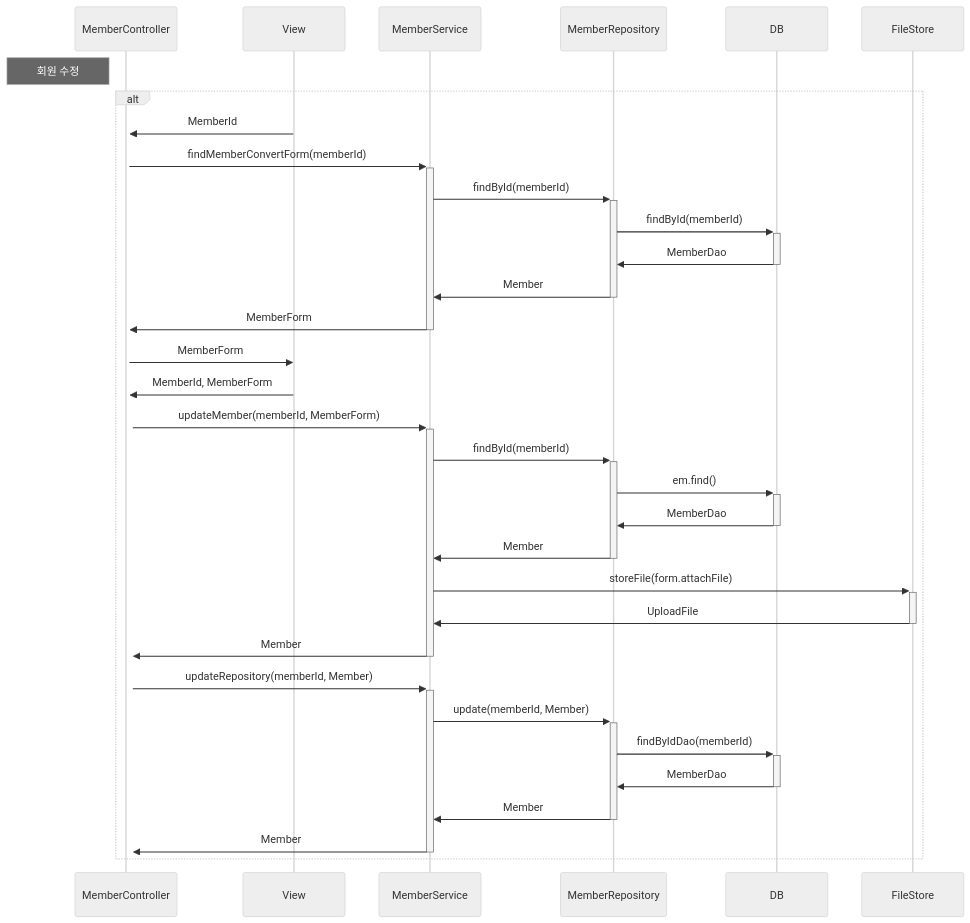
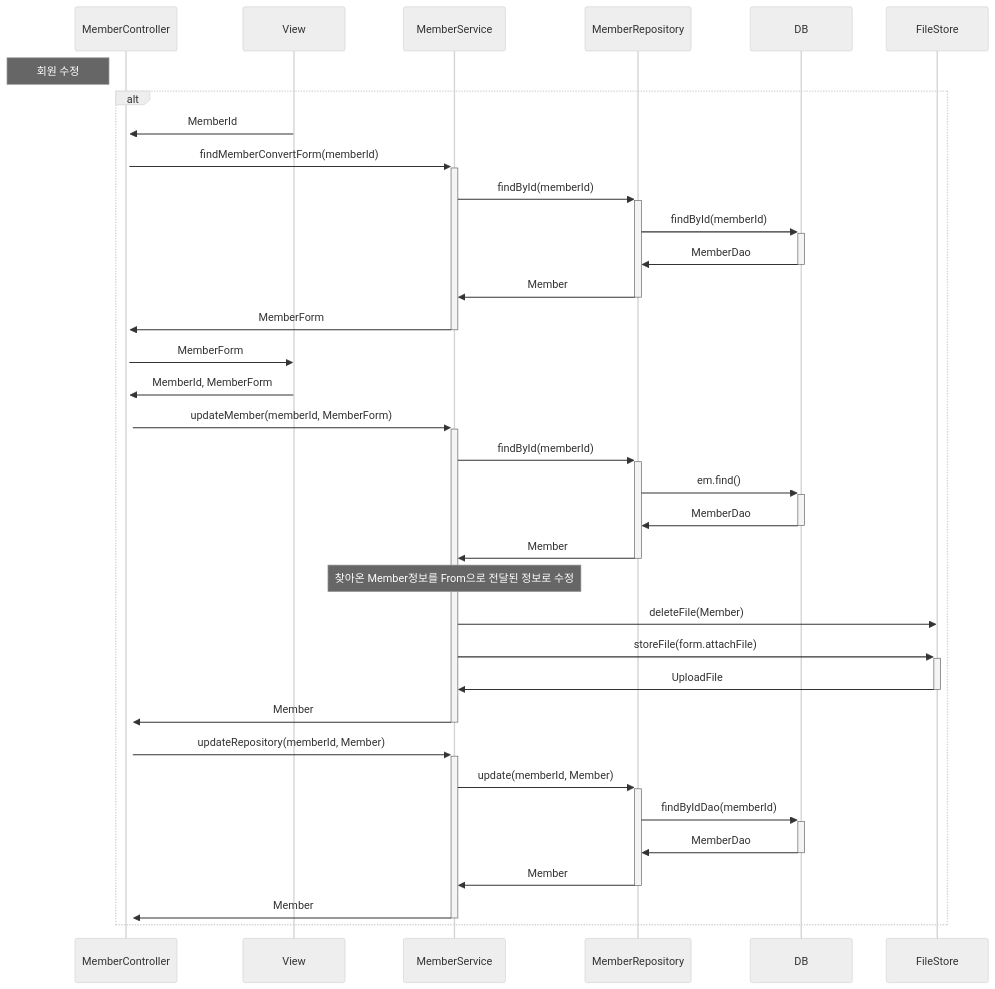
The second of 3 diagrams in seq.md (zittoooo/Page), drawn with Mermaid (neutral theme) before and after one commit. The commit also changed other lines of this file, not shown here.

Commit message:
시퀀스 다이어그램 aliases, 회원삭제 추가

````diff
--- a/seq.md
+++ b/seq.md
@@ -56,32 +55,39 @@
 ```mermaid
 sequenceDiagram
-    Note left of MemberController: 회원 수정
+    participant C as MemberController
+    participant V as View
+    participant S as MemberService 
+    participant R as MemberRepository
+
+    Note left of C: 회원 수정
     alt
-    View->>+MemberController:MemberId
-    MemberController->>+MemberService:findMemberConvertForm(memberId)
-    MemberService->>+MemberRepository:findById(memberId)
-    MemberRepository->>+DB:findById(memberId)
-    DB->>-MemberRepository:MemberDao
-    MemberRepository->>-MemberService:Member
-    MemberService->>-MemberController:MemberForm
-    MemberController->>View:MemberForm
+    V->>+C:MemberId
+    C->>+S:findMemberConvertForm(memberId)
+    S->>+R:findById(memberId)
+    R->>+DB:findById(memberId)
+    DB->>-R:MemberDao
+    R->>-S:Member
+    S->>-C:MemberForm
+    C->>V:MemberForm
 
 
-    View->>+MemberController:MemberId, MemberForm
-    MemberController->>+MemberService:updateMember(memberId, MemberForm)
-    MemberService->>+MemberRepository:findById(memberId)
-    MemberRepository->>+DB:em.find()
-    DB->>-MemberRepository:MemberDao
-    MemberRepository->>-MemberService:Member
-    MemberService->>+FileStore:storeFile(form.attachFile)
-    FileStore->>-MemberService:UploadFile
-    MemberService->>-MemberController:Member
-    MemberController->>+MemberService:updateRepository(memberId, Member)
-    MemberService->>+MemberRepository:update(memberId, Member)
-    MemberRepository->>+DB:findByIdDao(memberId)
-    DB->>-MemberRepository:MemberDao
-    MemberRepository->>-MemberService: Member
-    MemberService->>-MemberController: Member
+    V->>+C:MemberId, MemberForm
+    C->>+S:updateMember(memberId, MemberForm)
+    S->>+R:findById(memberId)
+    R->>+DB:em.find()
+    DB->>-R:MemberDao
+    R->>-S:Member
+    Note over S:찾아온 Member정보를 From으로 전달된 정보로 수정
+    S->>FileStore:deleteFile(Member)
+    S->>+FileStore:storeFile(form.attachFile)
+    FileStore->>-S:UploadFile
+    S->>-C:Member
+    C->>+S:updateRepository(memberId, Member)
+    S->>+R:update(memberId, Member)
+    R->>+DB:findByIdDao(memberId)
+    DB->>-R:MemberDao
+    R->>-S: Member
+    S->>-C: Member
     end
 
 ```
````
